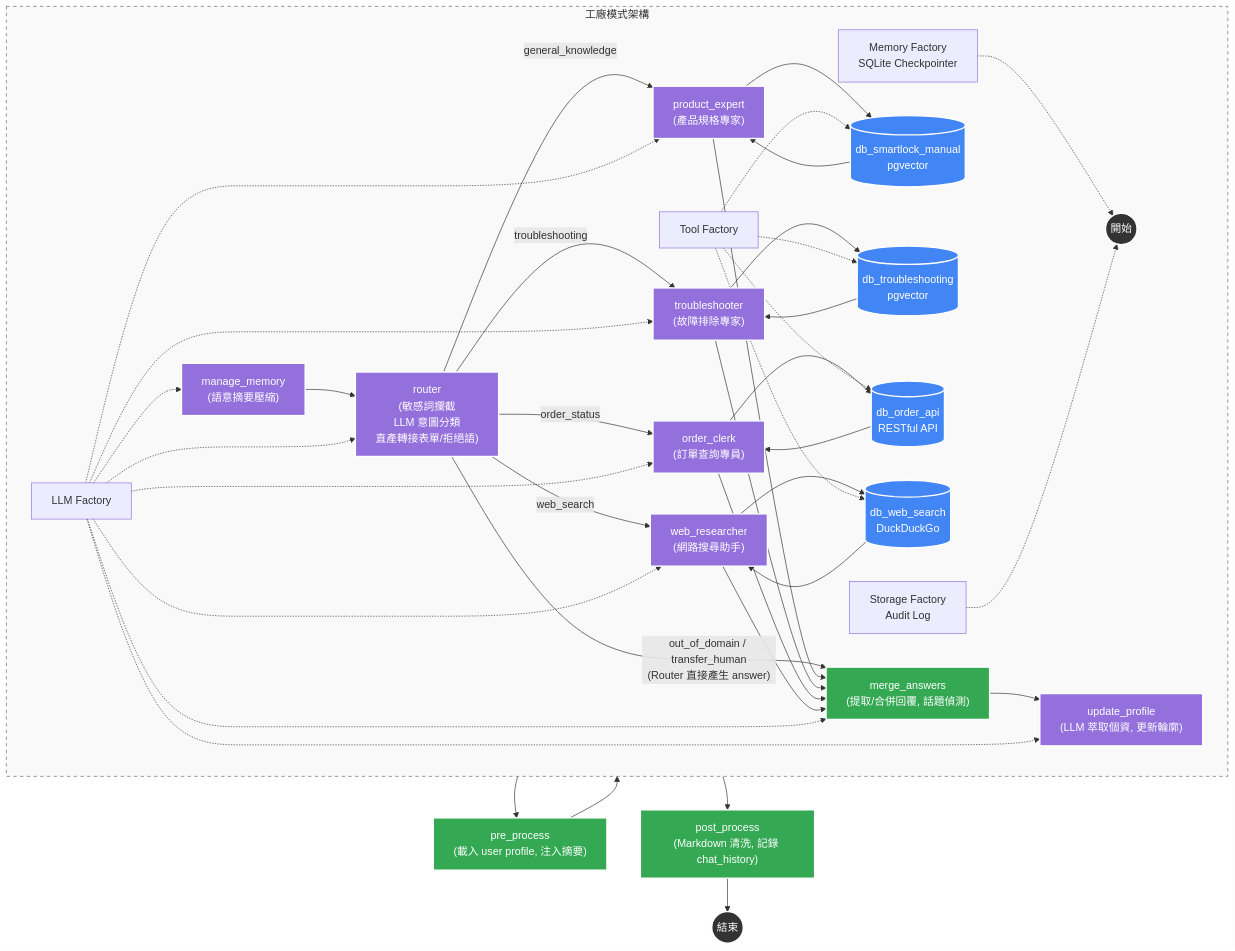
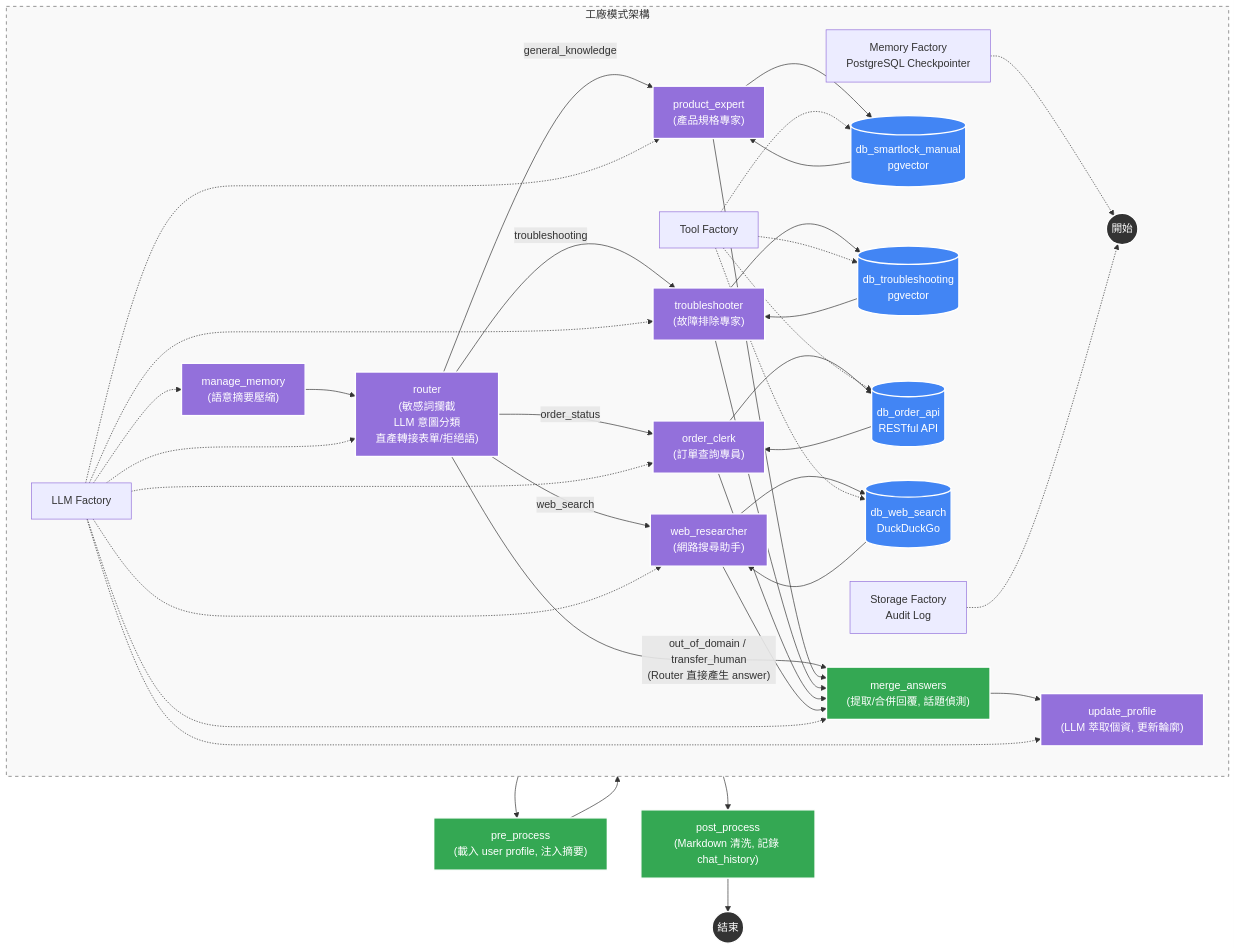
One commit to Imding1211/lock_AI_Agent changed the first of 5 diagrams in docs/manuals/系統架構與流程圖.md. Above: the diagram before and after it, drawn with Mermaid. The commit also changed other lines of this file and 11 other files, not shown here.

First line of the commit message:
feat: Memory 與 Audit Log 遷移至 PostgreSQL，實作完整 postgres 支援

````diff
--- a/docs/manuals/系統架構與流程圖.md
+++ b/docs/manuals/系統架構與流程圖.md
@@ -3,53 +3,53 @@
 ```mermaid
 graph TD
     %% 節點樣式定義
     classDef startEnd fill:#333,stroke:#fff,stroke-width:2px,color:#fff;
     classDef llmNode fill:#9370DB,stroke:#fff,stroke-width:2px,color:#fff;
     classDef decision fill:#ff9900,stroke:#333,stroke-width:2px;
     classDef dbNode fill:#4285f4,stroke:#fff,stroke-width:2px,color:#fff;
     classDef actionNode fill:#34a853,stroke:#fff,stroke-width:2px,color:#fff;
     classDef note fill:#f9f9f9,stroke:#666,stroke-dasharray: 5 5;
 
     %% 核心流程
     START((開始)):::startEnd --> pre_process["pre_process<br/>(載入 user profile, 注入摘要)"]:::actionNode
     pre_process --> manage_memory["manage_memory<br/>(語意摘要壓縮)"]:::llmNode
     manage_memory --> router["router<br/>(敏感詞攔截<br/>LLM 意圖分類<br/>直產轉接表單/拒絕語)"]:::llmNode
 
     %% 意圖分流（Send() fan-out，多意圖可平行派發）
     router -- "general_knowledge" --> PE["product_expert<br/>(產品規格專家)"]:::llmNode
     router -- "troubleshooting" --> TS["troubleshooter<br/>(故障排除專家)"]:::llmNode
     router -- "order_status" --> OC["order_clerk<br/>(訂單查詢專員)"]:::llmNode
     router -- "web_search" --> WR["web_researcher<br/>(網路搜尋助手)"]:::llmNode
     router -- "out_of_domain / transfer_human<br/>(Router 直接產生 answer)" --> merge_answers
 
     %% Agent 子圖（agent_llm ↔ tool_node 迴圈）
     PE --> PE_TOOL[("db_smartlock_manual<br/>pgvector")]:::dbNode
     TS --> TS_TOOL[("db_troubleshooting<br/>pgvector")]:::dbNode
     OC --> OC_TOOL[("db_order_api<br/>RESTful API")]:::dbNode
     WR --> WR_TOOL[("db_web_search<br/>DuckDuckGo")]:::dbNode
 
     PE_TOOL --> PE
     TS_TOOL --> TS
     OC_TOOL --> OC
     WR_TOOL --> WR
 
     %% 匯流
     PE --> merge_answers["merge_answers<br/>(提取/合併回覆, 話題偵測)"]:::actionNode
     TS --> merge_answers
     OC --> merge_answers
     WR --> merge_answers
     merge_answers --> update_profile["update_profile<br/>(LLM 萃取個資, 更新輪廓)"]:::llmNode
     update_profile --> post_process["post_process<br/>(Markdown 清洗, 記錄 chat_history)"]:::actionNode
     post_process --> END((結束)):::startEnd
 
     %% 底層支援
     subgraph Support_Layer [工廠模式架構]
         direction LR
         f1[LLM Factory] -.-> manage_memory & router & PE & TS & OC & WR & merge_answers & update_profile
-        f2[Memory Factory<br/>SQLite Checkpointer] -.-> START
+        f2[Memory Factory<br/>PostgreSQL Checkpointer] -.-> START
         f3[Tool Factory] -.-> PE_TOOL & TS_TOOL & OC_TOOL & WR_TOOL
         f4[Storage Factory<br/>Audit Log] -.-> START
     end
     class Support_Layer note
 
 ```
````
